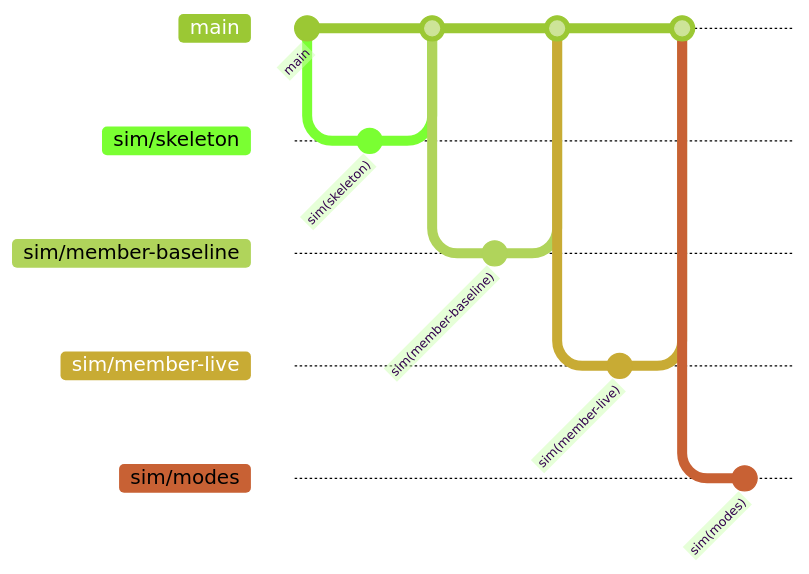
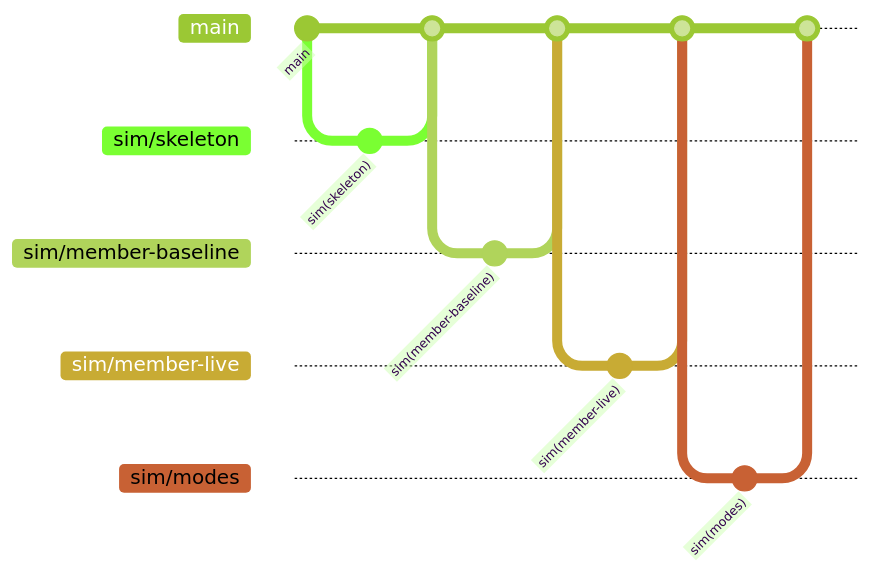
Before and after one commit to josiah113366-sketch/clothes-query: the diagram in docs/BRANCHES.md, drawn with Mermaid (forest theme). The commit also changed other lines of this file and 1 other file, not shown here.

Commit message:
sim(modes): 작업 결과 기록

````diff
--- a/docs/BRANCHES.md
+++ b/docs/BRANCHES.md
@@ -35,18 +35,20 @@
 ```mermaid
 gitGraph
   commit id: "main"
   branch sim/skeleton
   commit id: "sim(skeleton)"
   checkout main
   merge sim/skeleton
   branch sim/member-baseline
   commit id: "sim(member-baseline)"
   checkout main
   merge sim/member-baseline
   branch sim/member-live
   commit id: "sim(member-live)"
   checkout main
   merge sim/member-live
   branch sim/modes
   commit id: "sim(modes)"
+  checkout main
+  merge sim/modes
 ```
````
